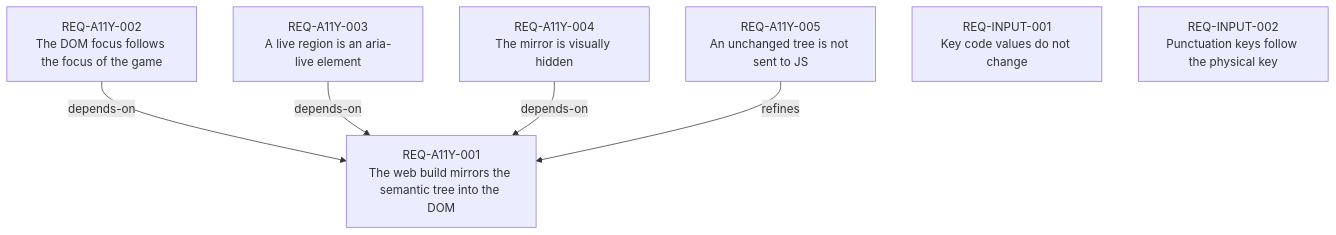
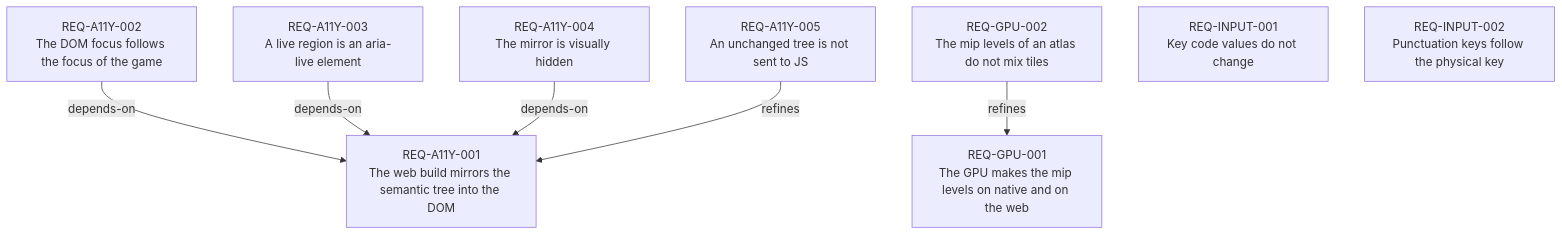
The diagram in requirements/index.md (seanmizen/swindowzig), drawn with Mermaid before and after one commit. The commit also changed other lines of this file and 15 other files, not shown here.

First line of the commit message:
[SWZ-27] feat: sw_gpu mip generation, texture arrays and anisotropy

````diff
--- a/requirements/index.md
+++ b/requirements/index.md
@@ -18,14 +20,17 @@
 ```mermaid
 graph TD
   REQ_A11Y_001["REQ-A11Y-001<br/>The web build mirrors the semantic tree into the DOM"]
   REQ_A11Y_002["REQ-A11Y-002<br/>The DOM focus follows the focus of the game"]
   REQ_A11Y_003["REQ-A11Y-003<br/>A live region is an aria-live element"]
   REQ_A11Y_004["REQ-A11Y-004<br/>The mirror is visually hidden"]
   REQ_A11Y_005["REQ-A11Y-005<br/>An unchanged tree is not sent to JS"]
+  REQ_GPU_001["REQ-GPU-001<br/>The GPU makes the mip levels on native and on the web"]
+  REQ_GPU_002["REQ-GPU-002<br/>The mip levels of an atlas do not mix tiles"]
   REQ_INPUT_001["REQ-INPUT-001<br/>Key code values do not change"]
   REQ_INPUT_002["REQ-INPUT-002<br/>Punctuation keys follow the physical key"]
   REQ_A11Y_002 -->|depends-on| REQ_A11Y_001
   REQ_A11Y_003 -->|depends-on| REQ_A11Y_001
   REQ_A11Y_004 -->|depends-on| REQ_A11Y_001
   REQ_A11Y_005 -->|refines| REQ_A11Y_001
+  REQ_GPU_002 -->|refines| REQ_GPU_001
 ```
````
